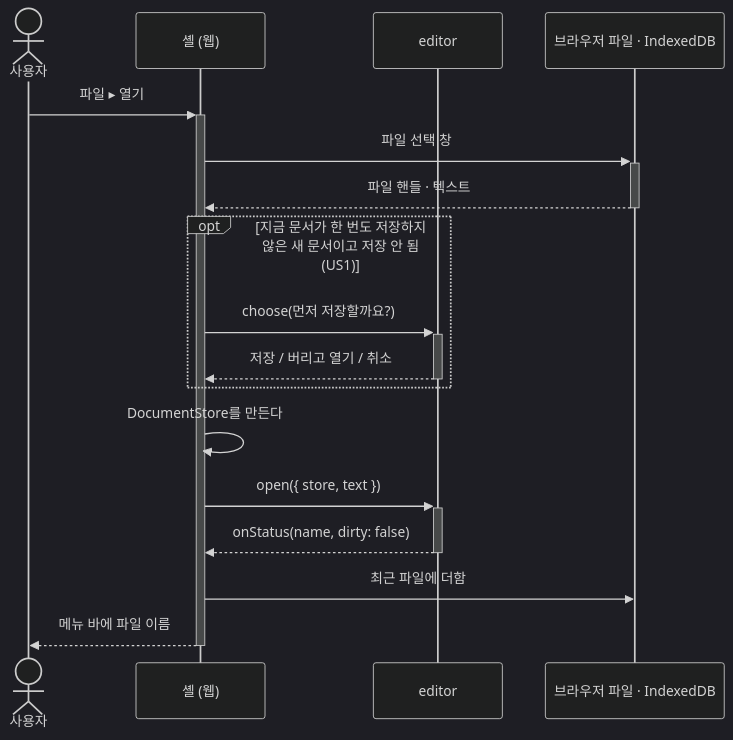
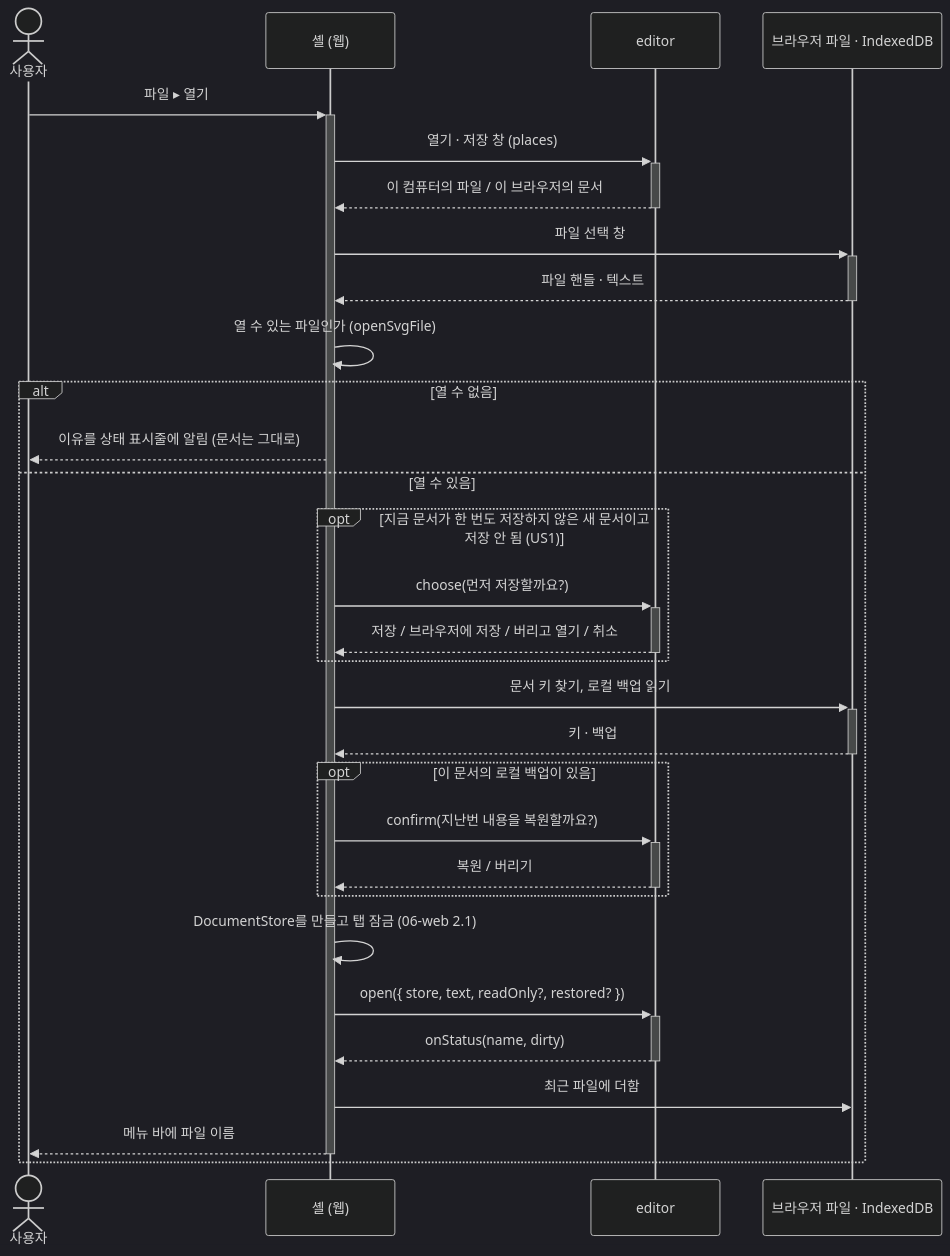
Before and after one commit to reddiana/AriadneNSD: the second of 2 diagrams in docs/04-design/03-editor.md, drawn with Mermaid (dark theme). The commit also changed other lines of this file and 1 other file, not shown here.

````diff
--- a/docs/04-design/03-editor.md
+++ b/docs/04-design/03-editor.md
@@ -434,19 +500,32 @@
 ```mermaid
 sequenceDiagram
     actor U as 사용자
     participant S as 셸 (웹)
     participant E as editor
     participant F as 브라우저 파일 · IndexedDB
     U->>+S: 파일 ▸ 열기
+    S->>+E: 열기 · 저장 창 (places)
+    E-->>-S: 이 컴퓨터의 파일 / 이 브라우저의 문서
     S->>+F: 파일 선택 창
     F-->>-S: 파일 핸들 · 텍스트
-    opt 지금 문서가 한 번도 저장하지 않은 새 문서이고 저장 안 됨 (US1)
-        S->>+E: choose(먼저 저장할까요?)
-        E-->>-S: 저장 / 버리고 열기 / 취소
+    S->>S: 열 수 있는 파일인가 (openSvgFile)
+    alt 열 수 없음
+        S-->>U: 이유를 상태 표시줄에 알림 (문서는 그대로)
+    else 열 수 있음
+        opt 지금 문서가 한 번도 저장하지 않은 새 문서이고 저장 안 됨 (US1)
+            S->>+E: choose(먼저 저장할까요?)
+            E-->>-S: 저장 / 브라우저에 저장 / 버리고 열기 / 취소
+        end
+        S->>+F: 문서 키 찾기, 로컬 백업 읽기
+        F-->>-S: 키 · 백업
+        opt 이 문서의 로컬 백업이 있음
+            S->>+E: confirm(지난번 내용을 복원할까요?)
+            E-->>-S: 복원 / 버리기
+        end
+        S->>S: DocumentStore를 만들고 탭 잠금 (06-web 2.1)
+        S->>+E: open({ store, text, readOnly?, restored? })
+        E-->>-S: onStatus(name, dirty)
+        S->>F: 최근 파일에 더함
+        S-->>-U: 메뉴 바에 파일 이름
     end
-    S->>S: DocumentStore를 만든다
-    S->>+E: open({ store, text })
-    E-->>-S: onStatus(name, dirty: false)
-    S->>F: 최근 파일에 더함
-    S-->>-U: 메뉴 바에 파일 이름
 ```
````
